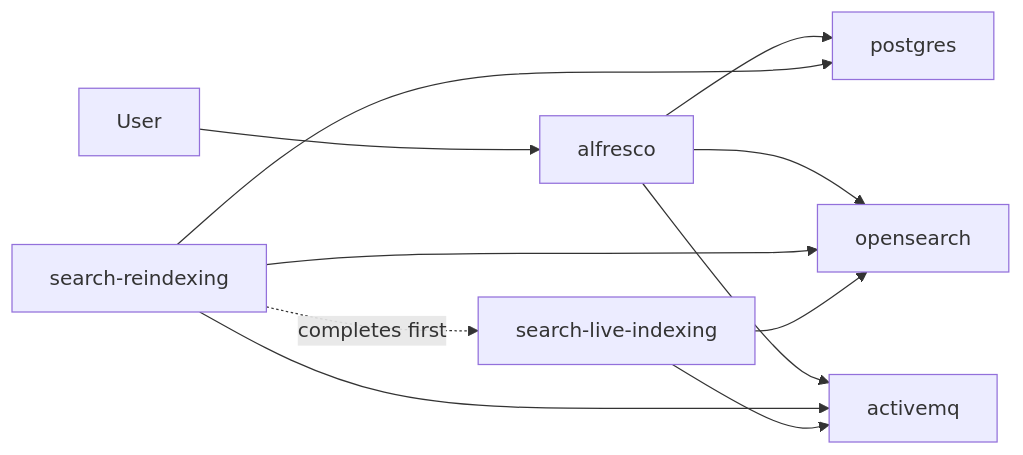
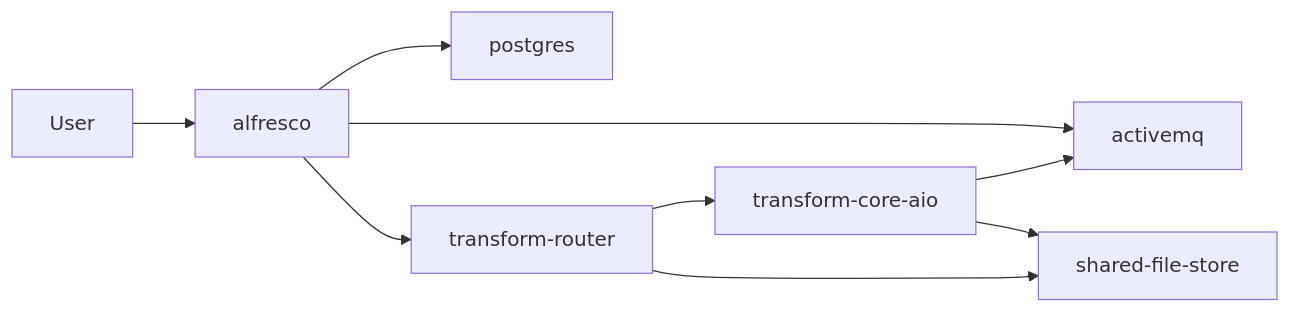
One commit to aborroy/alfresco-onprem-to-cloud-lab changed the third of 12 diagrams in README.md. Above: the diagram before and after it, drawn with Mermaid. The commit also changed other lines of this file and 3 other files, not shown here.

````diff
--- a/README.md
+++ b/README.md
@@ -169,13 +147,11 @@
 ```mermaid
 flowchart LR
   user["User"] --> repo["alfresco"]
   repo --> db["postgres"]
-  repo --> os["opensearch"]
   repo --> mq["activemq"]
-  reidx["search-reindexing"] --> db
-  reidx --> os
-  reidx --> mq
-  live["search-live-indexing"] --> os
-  live --> mq
-  reidx -. "completes first" .-> live
+  repo --> tr["transform-router"]
+  tr --> aio["transform-core-aio"]
+  tr --> sfs["shared-file-store"]
+  aio --> mq
+  aio --> sfs
 ```
````
